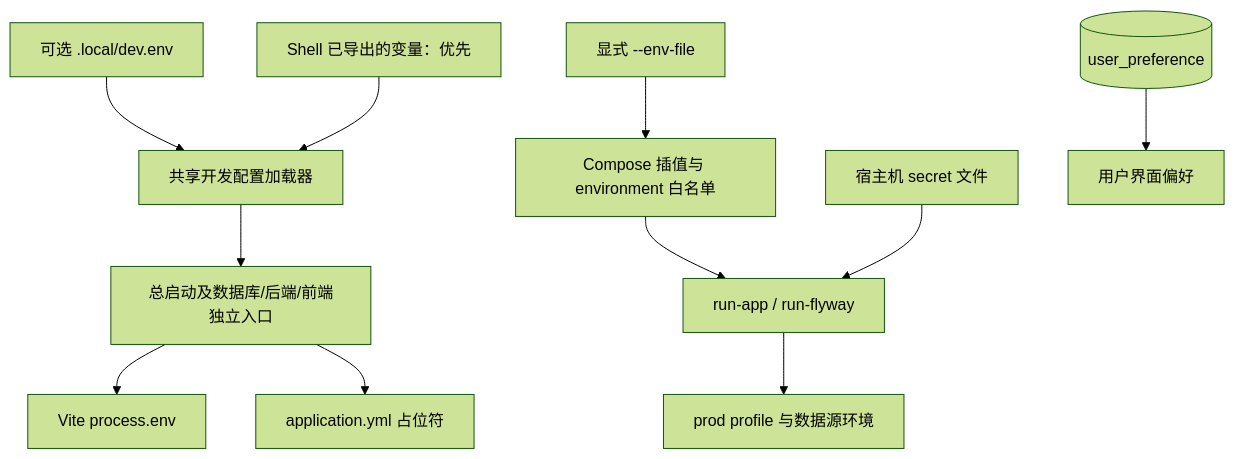
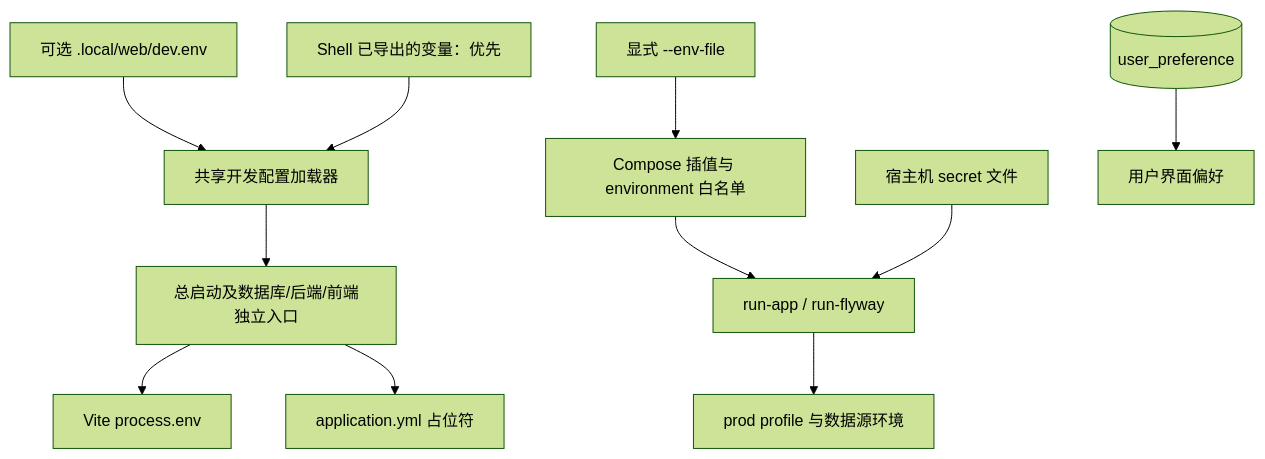
The diagram in agent-works/architecture/environment-configuration.md (fulin-peng-ydxs/ai-my-bill), drawn with Mermaid (forest theme) before and after one commit. The commit also changed other lines of this file and 32 other files, not shown here.

````diff
--- a/agent-works/architecture/environment-configuration.md
+++ b/agent-works/architecture/environment-configuration.md
@@ -9,13 +11,13 @@
 ```mermaid
 flowchart TD
-  Local[可选 .local/dev.env] --> Loader[共享开发配置加载器]
+  Local[可选 .local/web/dev.env] --> Loader[共享开发配置加载器]
   Shell[Shell 已导出的变量：优先] --> Loader
   Loader --> Dev[总启动及数据库/后端/前端独立入口]
   Dev --> Vite[Vite process.env]
   Dev --> Spring[application.yml 占位符]
   Env[显式 --env-file] --> Compose[Compose 插值与 environment 白名单]
   Compose --> Entry[run-app / run-flyway]
   Secret[宿主机 secret 文件] --> Entry
   Entry --> Prod[prod profile 与数据源环境]
   Preference[(user_preference)] --> UI[用户界面偏好]
 ```
````
